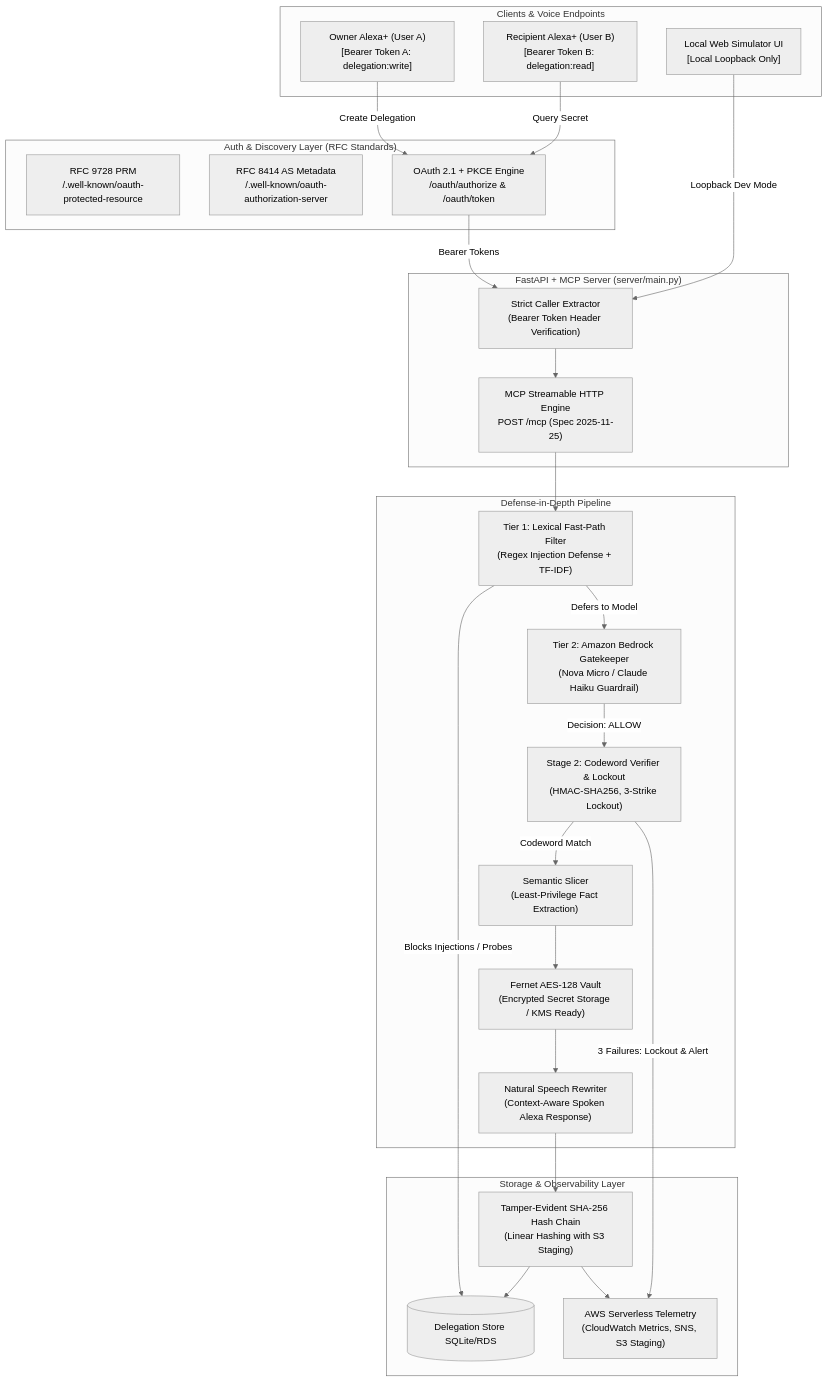
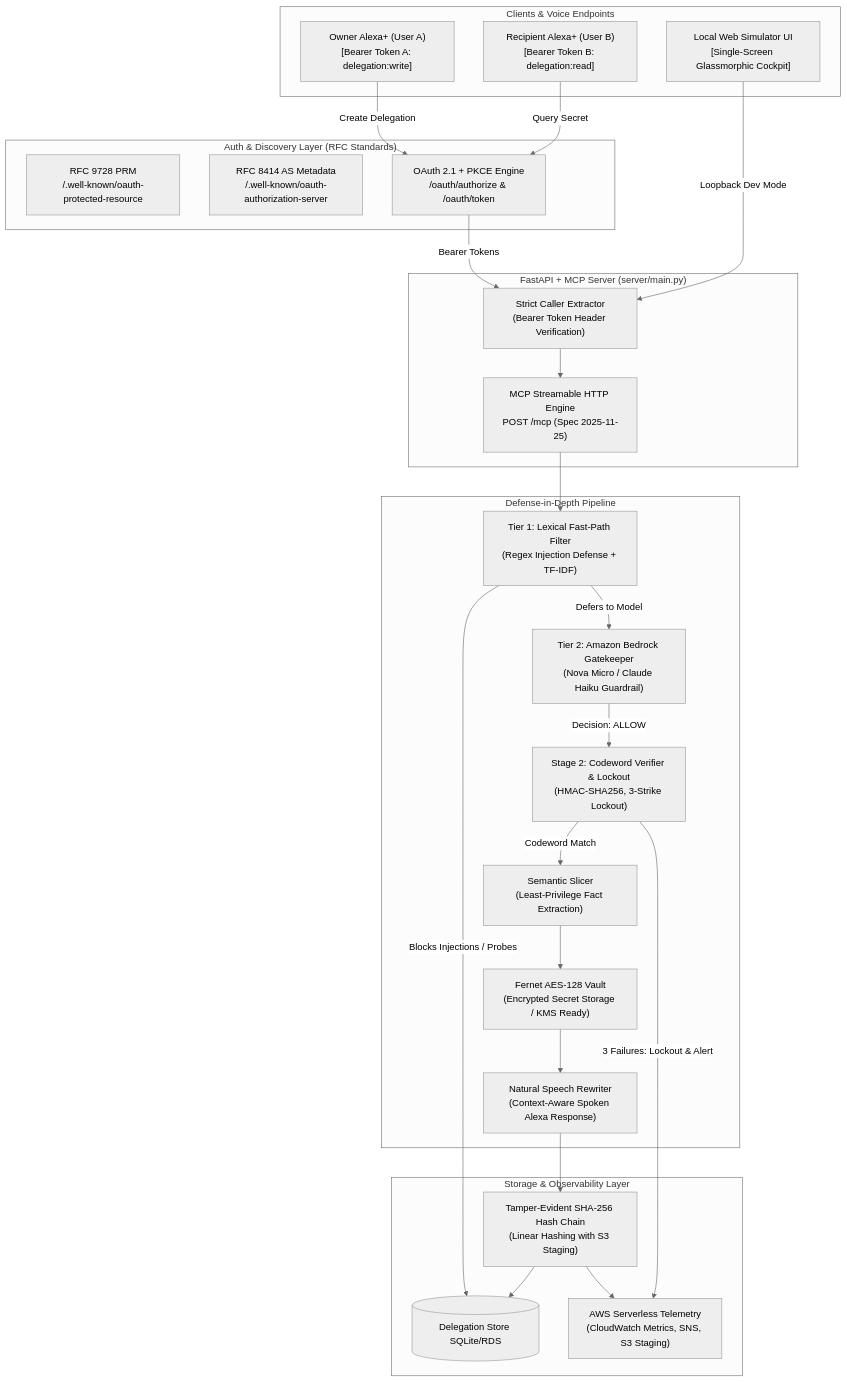
The first of 2 diagrams in HACKATHON_SUBMISSION.md (ProthamD/ADH), drawn with Mermaid (neutral theme) before and after one commit. The commit also changed other lines of this file, not shown here.

Commit message:
docs: complete comprehensive hackathon architectural report with AWS serverless and cloud deployment details

````diff
--- a/HACKATHON_SUBMISSION.md
+++ b/HACKATHON_SUBMISSION.md
@@ -29,51 +32,51 @@
 ```mermaid
 flowchart TD
     subgraph Clients["Clients & Voice Endpoints"]
         UA["Owner Alexa+ (User A)\n[Bearer Token A: delegation:write]"]
         UB["Recipient Alexa+ (User B)\n[Bearer Token B: delegation:read]"]
-        SIM["Local Web Simulator UI\n[Local Loopback Only]"]
+        SIM["Local Web Simulator UI\n[Single-Screen Glassmorphic Cockpit]"]
     end
 
     subgraph AuthLayer["Auth & Discovery Layer (RFC Standards)"]
         PRM["RFC 9728 PRM\n/.well-known/oauth-protected-resource"]
         AS["RFC 8414 AS Metadata\n/.well-known/oauth-authorization-server"]
         OAUTH["OAuth 2.1 + PKCE Engine\n/oauth/authorize & /oauth/token"]
     end
 
     subgraph CoreBroker["FastAPI + MCP Server (server/main.py)"]
         MCP["MCP Streamable HTTP Engine\nPOST /mcp (Spec 2025-11-25)"]
         CALLER["Strict Caller Extractor\n(Bearer Token Header Verification)"]
     end
 
     subgraph DefensePipeline["Defense-in-Depth Pipeline"]
         LEXICAL["Tier 1: Lexical Fast-Path Filter\n(Regex Injection Defense + TF-IDF)"]
         BEDROCK["Tier 2: Amazon Bedrock Gatekeeper\n(Nova Micro / Claude Haiku Guardrail)"]
         CW["Stage 2: Codeword Verifier & Lockout\n(HMAC-SHA256, 3-Strike Lockout)"]
         SLICE["Semantic Slicer\n(Least-Privilege Fact Extraction)"]
         VAULT["Fernet AES-128 Vault\n(Encrypted Secret Storage / KMS Ready)"]
         SPEECH["Natural Speech Rewriter\n(Context-Aware Spoken Alexa Response)"]
     end
 
     subgraph StorageObservability["Storage & Observability Layer"]
         DB[(Delegation Store SQLite/RDS)]
         AUDIT["Tamper-Evident SHA-256 Hash Chain\n(Linear Hashing with S3 Staging)"]
         AWS_OBS["AWS Serverless Telemetry\n(CloudWatch Metrics, SNS, S3 Staging)"]
     end
 
     UA -->|Create Delegation| OAUTH
     UB -->|Query Secret| OAUTH
     OAUTH -->|Bearer Tokens| CALLER
     SIM -->|Loopback Dev Mode| CALLER
     CALLER --> MCP
     MCP --> LEXICAL
     LEXICAL -->|Blocks Injections / Probes| DB
     LEXICAL -->|Defers to Model| BEDROCK
     BEDROCK -->|Decision: ALLOW| CW
     CW -->|Codeword Match| SLICE
     CW -->|3 Failures: Lockout & Alert| AWS_OBS
     SLICE --> VAULT
     VAULT --> SPEECH
     SPEECH --> AUDIT
     AUDIT --> DB
     AUDIT --> AWS_OBS
 ```
````
